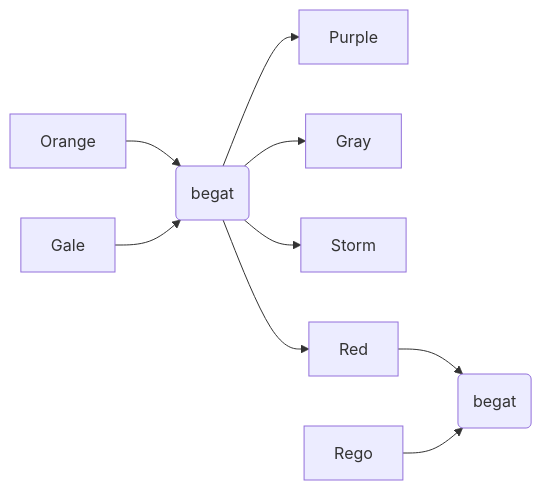
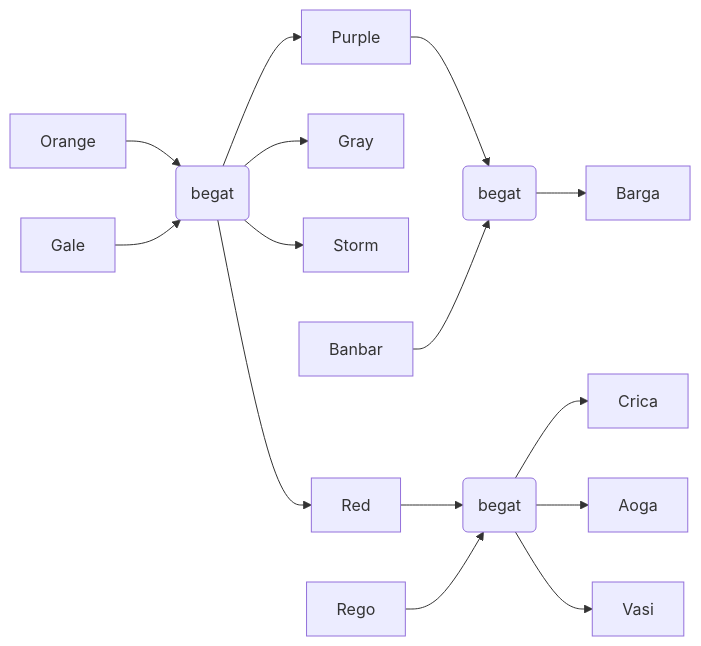
The diagram in plays/BaidaTribe2025/Baida-FamilyTrees.md (WuphonsReach/rimworld-notes), drawn with Mermaid before and after one commit. The commit also changed 1 other file, not shown here.

Commit message:
Baida Apr 5525

````diff
--- a/plays/BaidaTribe2025/Baida-FamilyTrees.md
+++ b/plays/BaidaTribe2025/Baida-FamilyTrees.md
@@ -5,12 +5,17 @@
 ```mermaid
 flowchart LR
   Orange --> OrangeGale(begat)
   Gale --> OrangeGale(begat)
   OrangeGale --> Purple
   OrangeGale --> Gray
   OrangeGale --> Storm
   OrangeGale --> Red
   Red --> RedRego(begat)
   Rego --> RedRego(begat)
-
+  RedRego --> Crica
+  RedRego --> Aoga
+  RedRego --> Vasi
+  Purple --> PurpleBanbar(begat)
+  Banbar --> PurpleBanbar(begat)
+  PurpleBanbar --> Barga
 ```
````
